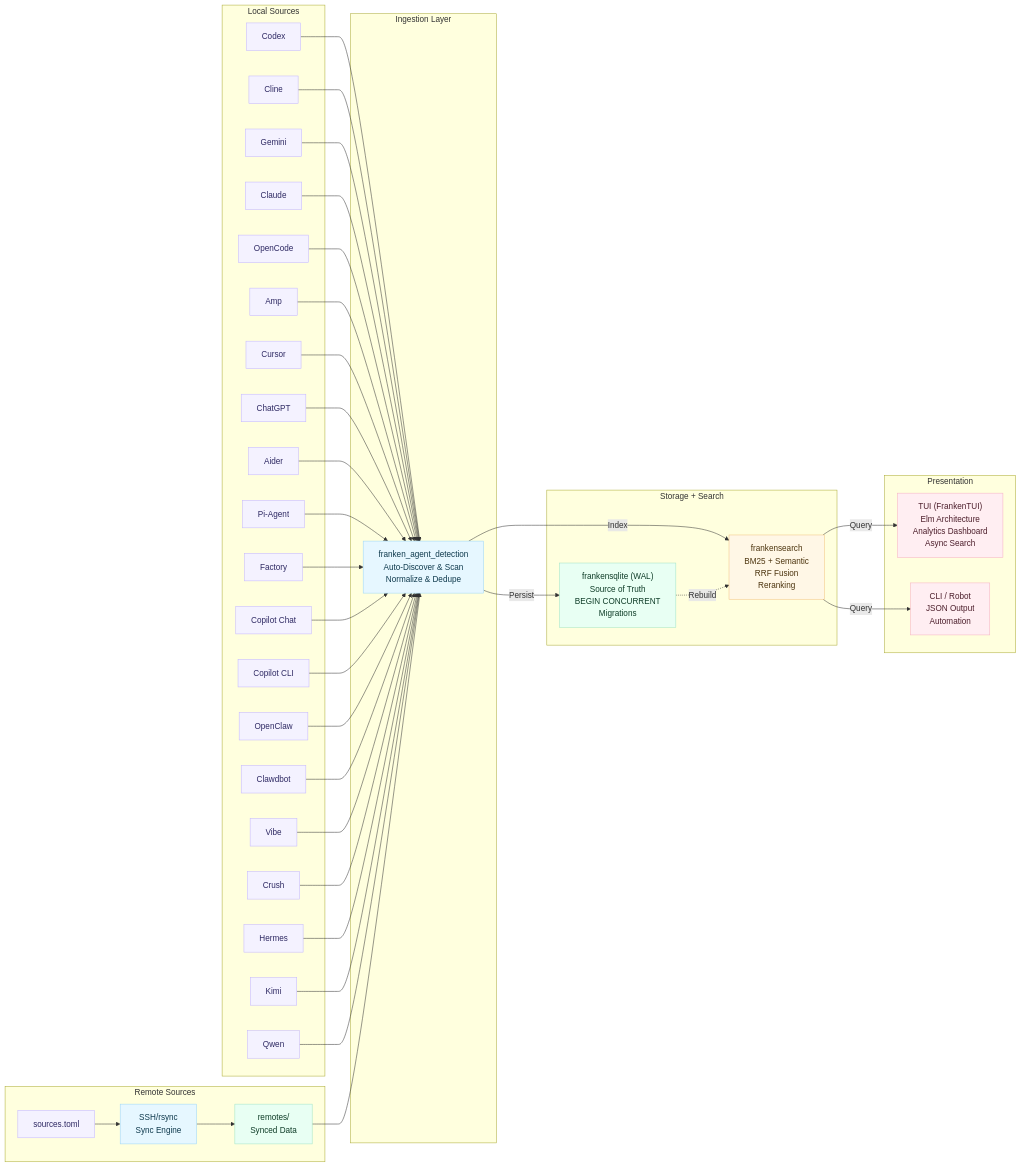
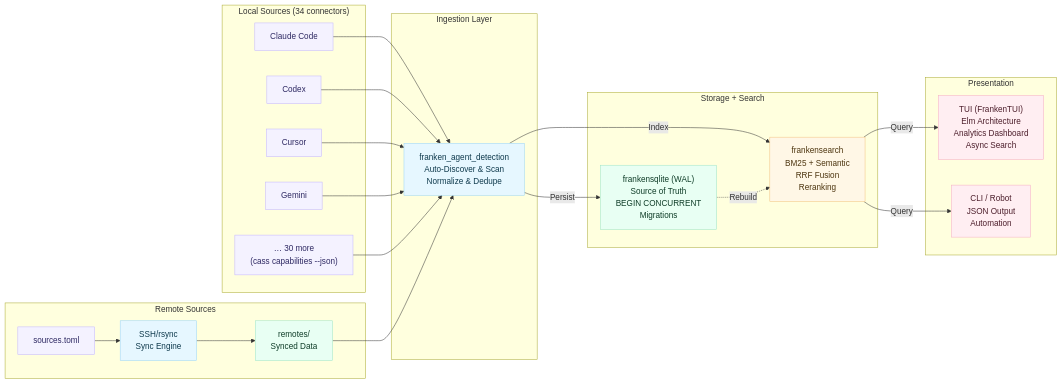
One commit to Dicklesworthstone/coding_agent_session_search changed the second of 3 diagrams in README.md. Above: the diagram before and after it, drawn with Mermaid. The commit also changed other lines of this file, not shown here.

````diff
--- a/README.md
+++ b/README.md
@@ -2519,80 +2488,50 @@
 ```mermaid
 flowchart LR
  classDef pastel fill:#f4f2ff,stroke:#c2b5ff,color:#2e2963;
  classDef pastel2 fill:#e6f7ff,stroke:#9bd5f5,color:#0f3a4d;
  classDef pastel3 fill:#e8fff3,stroke:#9fe3c5,color:#0f3d28;
  classDef pastel4 fill:#fff7e6,stroke:#f2c27f,color:#4d350f;
  classDef pastel5 fill:#ffeef2,stroke:#f5b0c2,color:#4d1f2c;
 
- subgraph Sources["Local Sources"]
- A1[Codex]:::pastel
- A2[Cline]:::pastel
- A3[Gemini]:::pastel
- A4[Claude]:::pastel
- A5[OpenCode]:::pastel
- A6[Amp]:::pastel
- A7[Cursor]:::pastel
- A8[ChatGPT]:::pastel
- A9[Aider]:::pastel
- A10[Pi-Agent]:::pastel
- A11[Factory]:::pastel
- A12[Copilot Chat]:::pastel
- A13[Copilot CLI]:::pastel
- A14[OpenClaw]:::pastel
- A15[Clawdbot]:::pastel
- A16[Vibe]:::pastel
- A17[Crush]:::pastel
- A18[Hermes]:::pastel
- A19[Kimi]:::pastel
- A20[Qwen]:::pastel
+ subgraph Sources["Local Sources (34 connectors)"]
+ A1[Claude Code]:::pastel
+ A2[Codex]:::pastel
+ A3[Cursor]:::pastel
+ A4[Gemini]:::pastel
+ A5["… 30 more\n(cass capabilities --json)"]:::pastel
  end
 
  subgraph Remote["Remote Sources"]
  R1["sources.toml"]:::pastel
  R2["SSH/rsync\nSync Engine"]:::pastel2
  R3["remotes/\nSynced Data"]:::pastel3
  end
 
  subgraph "Ingestion Layer"
  C1["franken_agent_detection\nAuto-Discover & Scan\nNormalize & Dedupe"]:::pastel2
  end
 
  subgraph "Storage + Search"
  S1["frankensqlite (WAL)\nSource of Truth\nBEGIN CONCURRENT\nMigrations"]:::pastel3
  T1["frankensearch\nBM25 + Semantic\nRRF Fusion\nReranking"]:::pastel4
  end
 
  subgraph "Presentation"
  U1["TUI (FrankenTUI)\nElm Architecture\nAnalytics Dashboard\nAsync Search"]:::pastel5
  U2["CLI / Robot\nJSON Output\nAutomation"]:::pastel5
  end
 
  A1 --> C1
  A2 --> C1
  A3 --> C1
  A4 --> C1
  A5 --> C1
- A6 --> C1
- A7 --> C1
- A8 --> C1
- A9 --> C1
- A10 --> C1
- A11 --> C1
- A12 --> C1
- A13 --> C1
- A14 --> C1
- A15 --> C1
- A16 --> C1
- A17 --> C1
- A18 --> C1
- A19 --> C1
- A20 --> C1
  R1 --> R2
  R2 --> R3
  R3 --> C1
  C1 -->|Persist| S1
  C1 -->|Index| T1
  S1 -.->|Rebuild| T1
  T1 -->|Query| U1
  T1 -->|Query| U2
 ```
````
